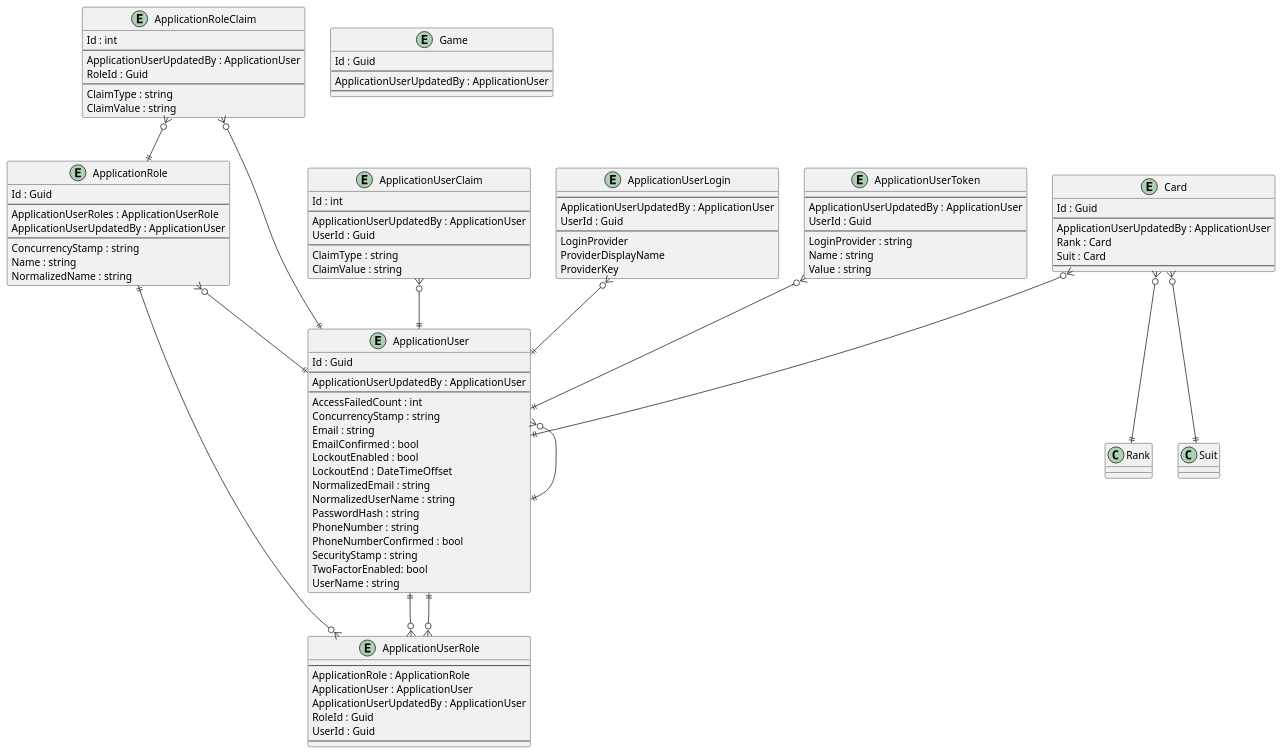
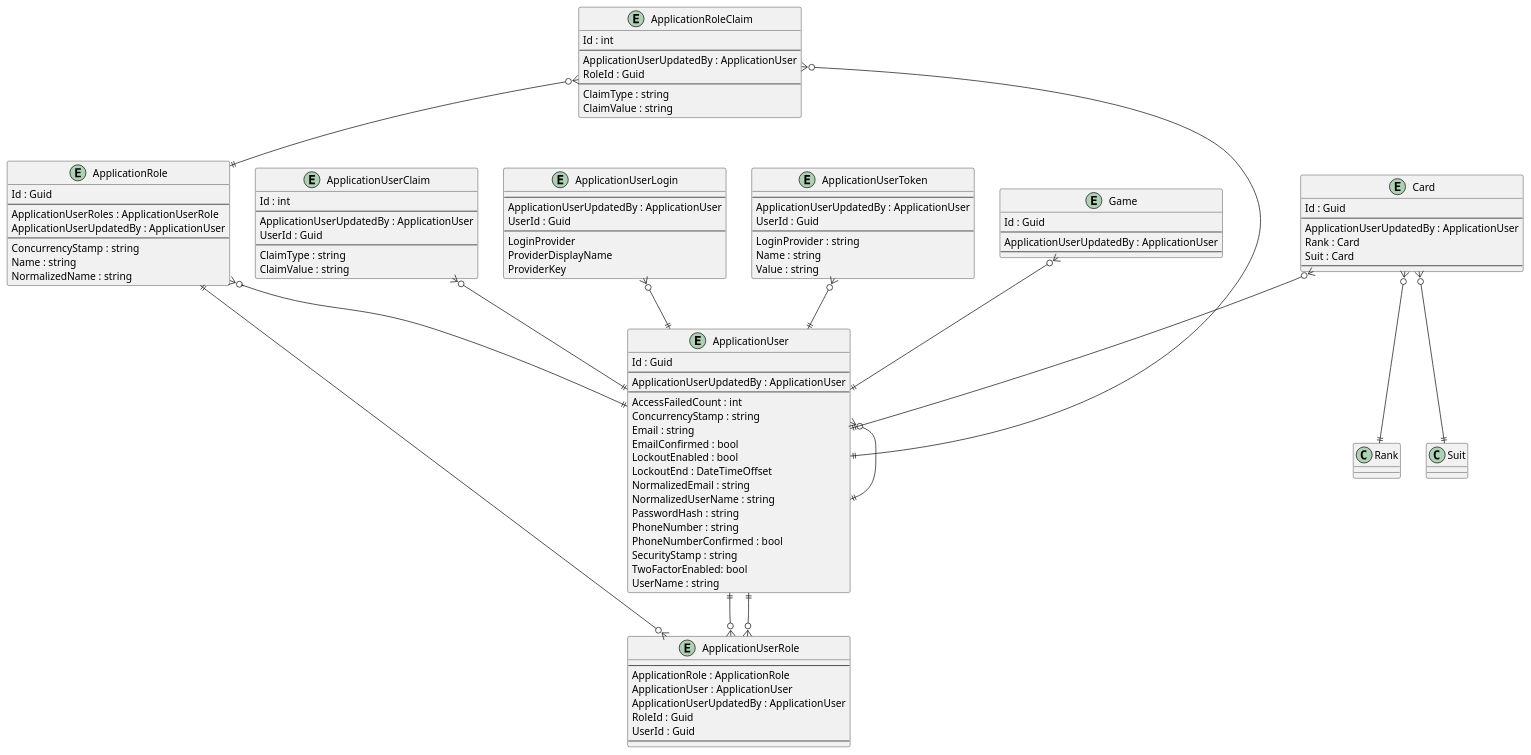
Before and after one commit to intrepion/intrepion_klondike-solitaire_csharp: the diagram in .docs/Intrepion.KlondikeSolitaire.pu, drawn with PlantUML.

```diff
--- a/.docs/Intrepion.KlondikeSolitaire.pu
+++ b/.docs/Intrepion.KlondikeSolitaire.pu
@@ -1,124 +1,125 @@
 @startuml
 
 entity ApplicationRole {
     Id : Guid
     --
     ApplicationUserRoles : ApplicationUserRole
     ApplicationUserUpdatedBy : ApplicationUser
     --
     ConcurrencyStamp : string
     Name : string
     NormalizedName : string
 }
 
 entity ApplicationRoleClaim {
     Id : int
     --
     ApplicationUserUpdatedBy : ApplicationUser
     RoleId : Guid
     --
     ClaimType : string
     ClaimValue : string
 }
 
 entity ApplicationUser {
     Id : Guid
     --
     ApplicationUserUpdatedBy : ApplicationUser
     ' ApplicationUserKeyCodePlaceholder
     --
     AccessFailedCount : int
     ConcurrencyStamp : string
     Email : string
     EmailConfirmed : bool
     LockoutEnabled : bool
     LockoutEnd : DateTimeOffset
     NormalizedEmail : string
     NormalizedUserName : string
     PasswordHash : string
     PhoneNumber : string
     PhoneNumberConfirmed : bool
     SecurityStamp : string
     TwoFactorEnabled: bool
     UserName : string
 }
 
 entity ApplicationUserClaim {
     Id : int
     --
     ApplicationUserUpdatedBy : ApplicationUser
     UserId : Guid
     --
     ClaimType : string
     ClaimValue : string
 }
 
 entity ApplicationUserLogin {
     --
     ApplicationUserUpdatedBy : ApplicationUser
     UserId : Guid
     --
     LoginProvider
     ProviderDisplayName
     ProviderKey
 }
 
 entity ApplicationUserRole {
     --
     ApplicationRole : ApplicationRole
     ApplicationUser : ApplicationUser
     ApplicationUserUpdatedBy : ApplicationUser
     RoleId : Guid
     UserId : Guid
     --
 }
 
 entity ApplicationUserToken {
     --
     ApplicationUserUpdatedBy : ApplicationUser
     UserId : Guid
     --
     LoginProvider : string
     Name : string
     Value : string
 }
 
 entity Card {
     Id : Guid
     --
     ApplicationUserUpdatedBy : ApplicationUser
     Rank : Card
     Suit : Card
     ' CardKeyCodePlaceholder
     --
     ' CardPropertyCodePlaceholder
 }
 
 entity Game {
     Id : Guid
     --
     ApplicationUserUpdatedBy : ApplicationUser
     ' GameKeyCodePlaceholder
     --
     ' GamePropertyCodePlaceholder
 }
 
 ' EntityCodePlaceholder
 
 ApplicationRole ||--o{ ApplicationUserRole
 ApplicationRole }o--|| ApplicationUser
 ApplicationRoleClaim }o--|| ApplicationRole
 ApplicationRoleClaim }o--|| ApplicationUser
 ApplicationUser }o--|| ApplicationUser
 ApplicationUser ||--o{ ApplicationUserRole
 ApplicationUserClaim }o--|| ApplicationUser
 ApplicationUserLogin }o--|| ApplicationUser
 ApplicationUserRole }o--|| ApplicationUser
 ApplicationUserToken }o--|| ApplicationUser
 
 Card }o--|| ApplicationUser
 Card }o--|| Rank
 Card }o--|| Suit
+Game }o--|| ApplicationUser
 ' RelationshipCodePlaceholder
 
 @enduml
```
